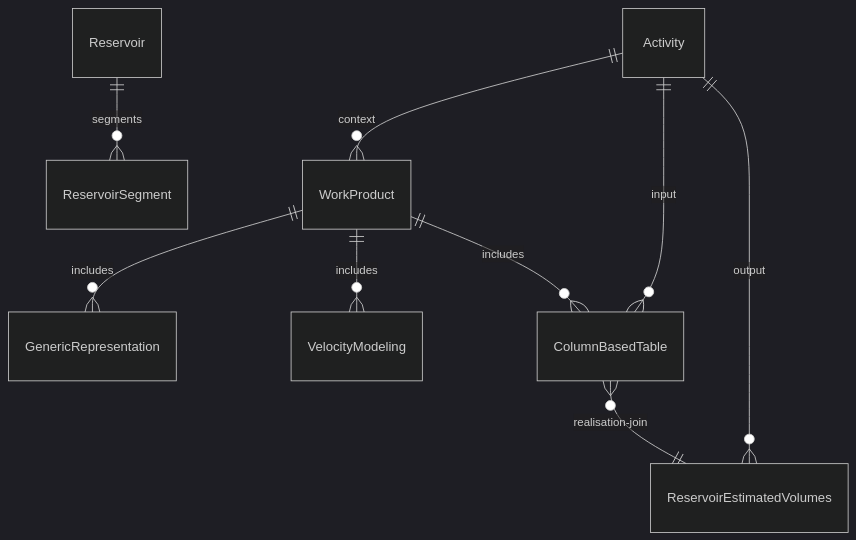
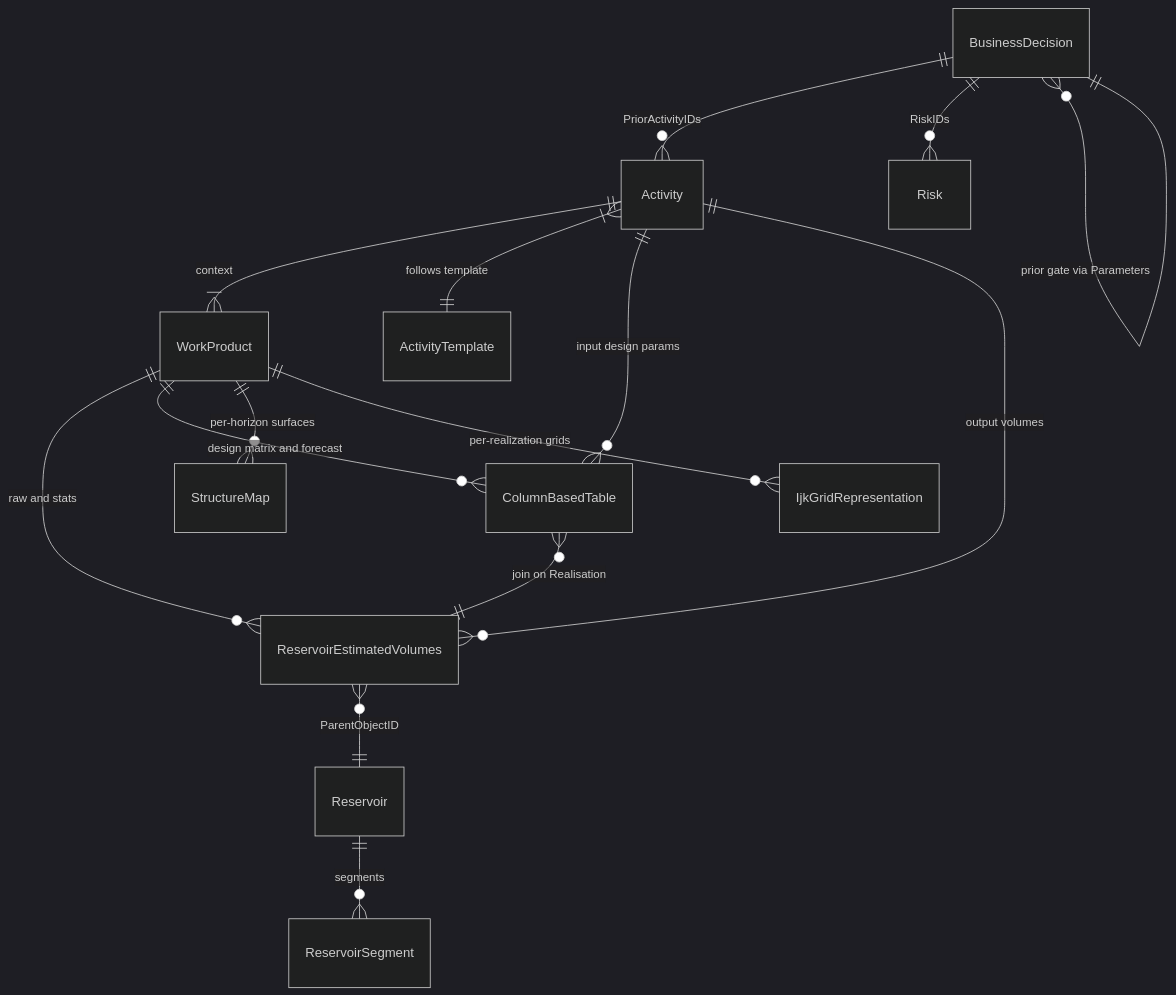
The fifth of 5 diagrams in md/Uncertainty.md (equinor/ores), drawn with Mermaid (dark theme) before and after one commit. The commit also changed other lines of this file and 11 other files, not shown here.

````diff
--- a/md/Uncertainty.md
+++ b/md/Uncertainty.md
@@ -439,11 +452,17 @@
 ```mermaid
 erDiagram
+  WorkProduct ||--o{ ReservoirEstimatedVolumes : "raw and stats"
+  WorkProduct ||--o{ ColumnBasedTable : "design matrix and forecast"
+  WorkProduct ||--o{ StructureMap : "per-horizon surfaces"
+  WorkProduct ||--o{ IjkGridRepresentation : "per-realization grids"
+  Activity ||--|{ WorkProduct : "context"
+  Activity }|--|| ActivityTemplate : "follows template"
+  Activity ||--o{ ColumnBasedTable : "input design params"
+  Activity ||--o{ ReservoirEstimatedVolumes : "output volumes"
+  ColumnBasedTable }o--|| ReservoirEstimatedVolumes : "join on Realisation"
+  BusinessDecision ||--o{ Activity : "PriorActivityIDs"
+  BusinessDecision ||--o{ Risk : "RiskIDs"
+  BusinessDecision }o--|| BusinessDecision : "prior gate via Parameters"
+  ReservoirEstimatedVolumes }o--|| Reservoir : "ParentObjectID"
   Reservoir ||--o{ ReservoirSegment : segments
-  WorkProduct ||--o{ GenericRepresentation : includes
-  WorkProduct ||--o{ VelocityModeling : includes
-  WorkProduct ||--o{ ColumnBasedTable : includes
-  Activity ||--o{ WorkProduct : context
-  Activity ||--o{ ColumnBasedTable : input
-  Activity ||--o{ ReservoirEstimatedVolumes : output
-  ColumnBasedTable }o--|| ReservoirEstimatedVolumes : realisation-join
 ```
````
